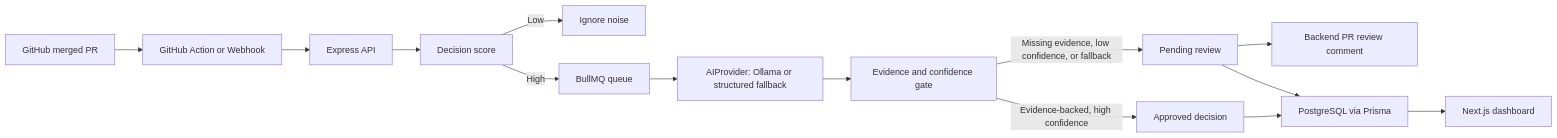
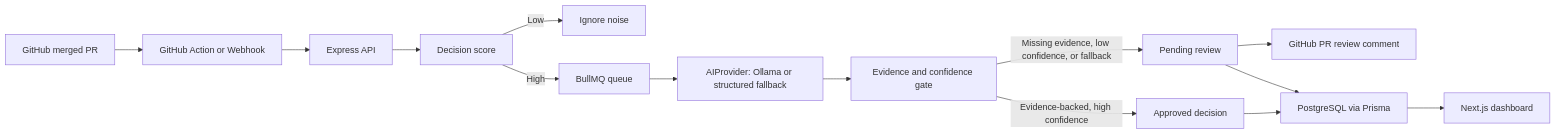
One commit to Tausif4171/DecisionCapture changed the diagram in README.md. Above: the diagram before and after it, drawn with Mermaid. The commit also changed other lines of this file, not shown here.

Commit message:
docs: update README to enhance clarity on decision capture process and architecture

````diff
--- a/README.md
+++ b/README.md
@@ -23,16 +35,16 @@
 ```mermaid
 flowchart LR
   GitHub["GitHub merged PR"] --> Action["GitHub Action or Webhook"]
   Action --> API["Express API"]
   API --> Score["Decision score"]
   Score -->|Low| Ignore["Ignore noise"]
   Score -->|High| Queue["BullMQ queue"]
   Queue --> AI["AIProvider: Ollama or structured fallback"]
   AI --> Gate["Evidence and confidence gate"]
   Gate -->|Evidence-backed, high confidence| Approved["Approved decision"]
   Gate -->|Missing evidence, low confidence, or fallback| Pending["Pending review"]
-  Pending --> Comment["Backend PR review comment"]
+  Pending --> Comment["GitHub PR review comment"]
   Approved --> DB["PostgreSQL via Prisma"]
   Pending --> DB
   DB --> UI["Next.js dashboard"]
 ```
````
